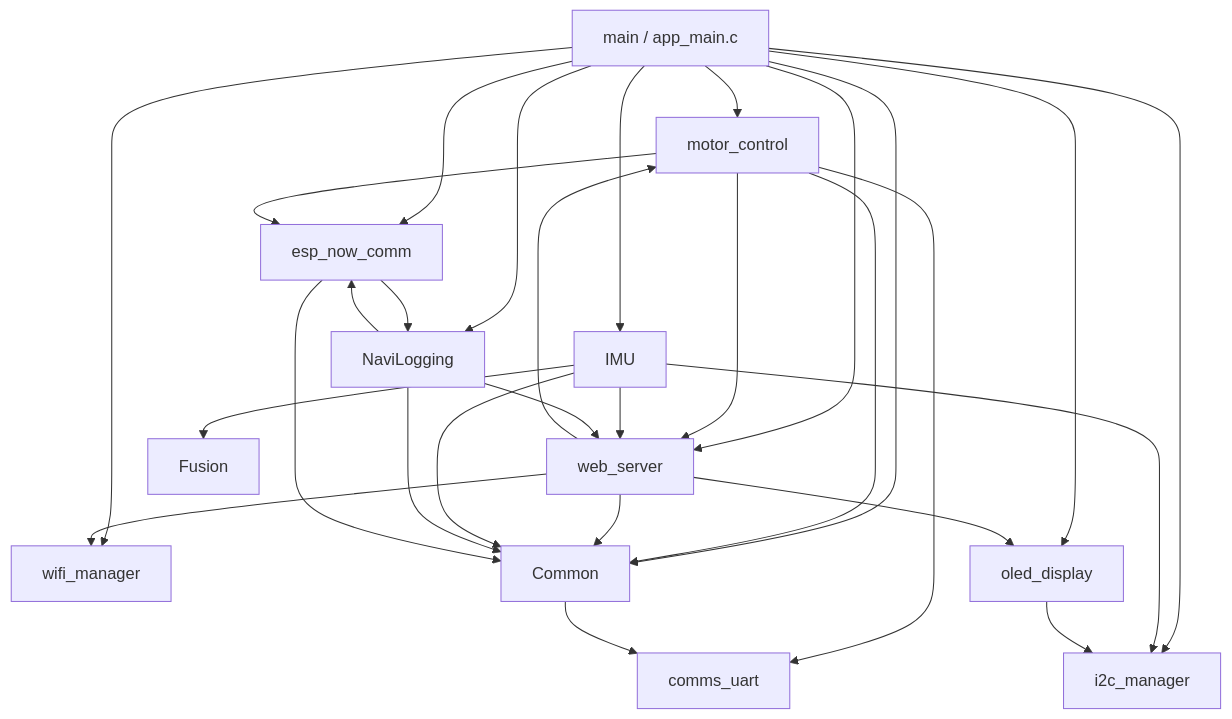
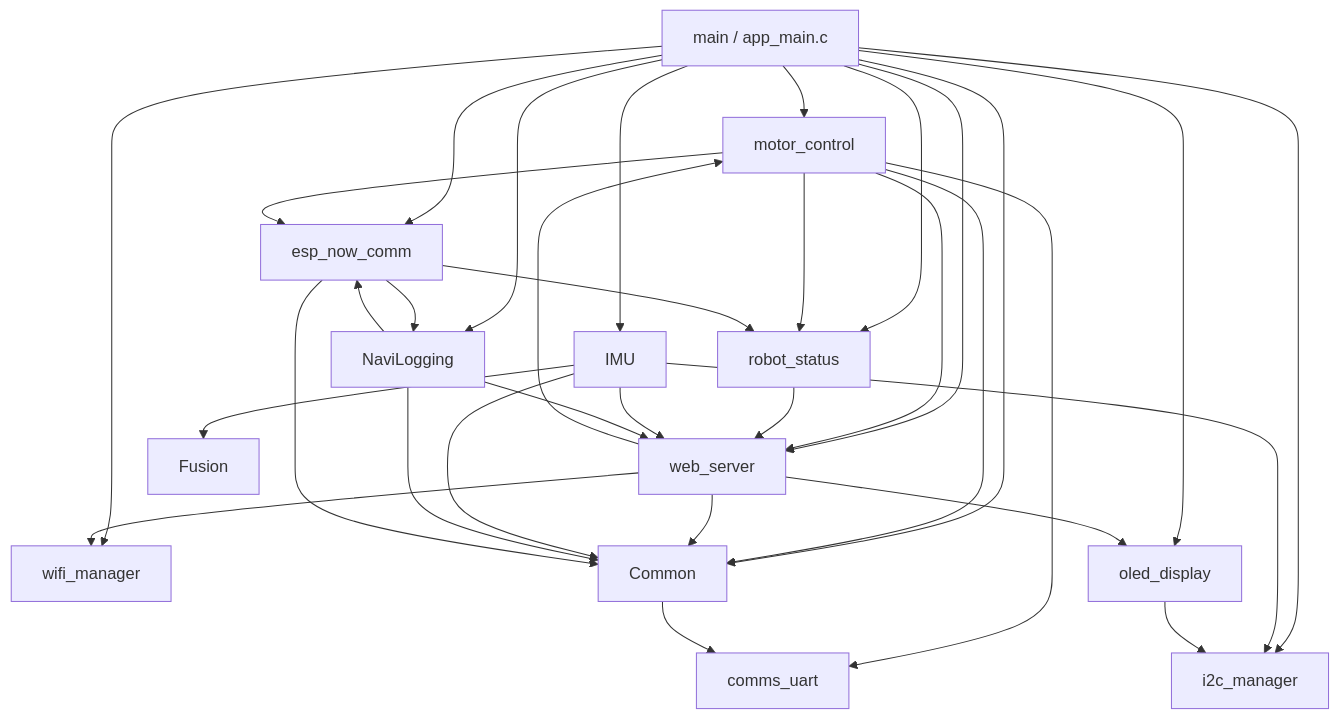
One commit to vexown/wave_rover_driver changed the second of 3 diagrams in docs/ARCHITECTURE.md. Above: the diagram before and after it, drawn with Mermaid. The commit also changed other lines of this file and 13 other files, not shown here.

````diff
--- a/docs/ARCHITECTURE.md
+++ b/docs/ARCHITECTURE.md
@@ -92,14 +93,15 @@
 ```mermaid
 flowchart TD
     main[main / app_main.c]
 
-    main --> motor_control & web_server & IMU & NaviLogging & esp_now_comm & wifi_manager & oled_display & i2c_manager & Common
+    main --> motor_control & web_server & IMU & NaviLogging & esp_now_comm & wifi_manager & oled_display & i2c_manager & robot_status & Common
 
-    motor_control --> web_server & esp_now_comm & comms_uart & Common
+    motor_control --> web_server & esp_now_comm & comms_uart & robot_status & Common
+    robot_status --> web_server
     web_server --> motor_control & oled_display & wifi_manager & Common
     IMU --> web_server & i2c_manager & Fusion & Common
     NaviLogging --> web_server & esp_now_comm & Common
-    esp_now_comm --> NaviLogging & Common
+    esp_now_comm --> NaviLogging & robot_status & Common
     oled_display --> i2c_manager
     Common --> comms_uart
 ```
````
